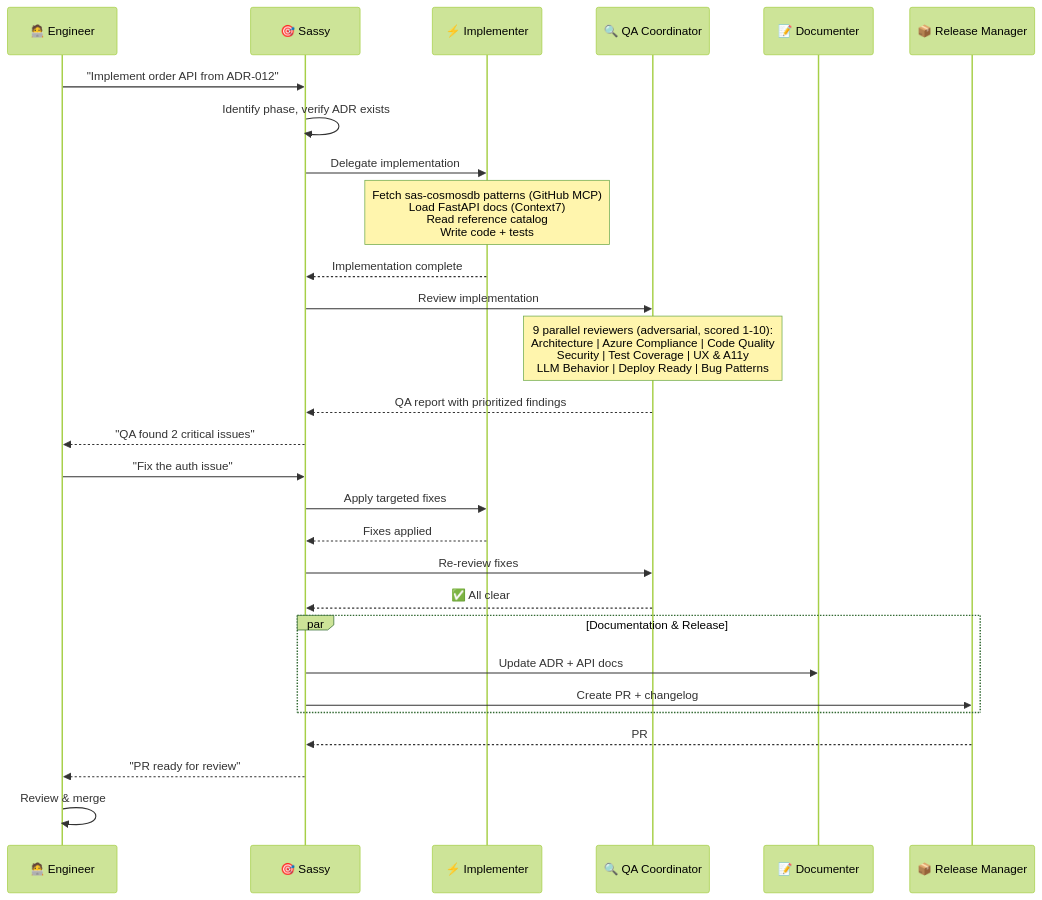
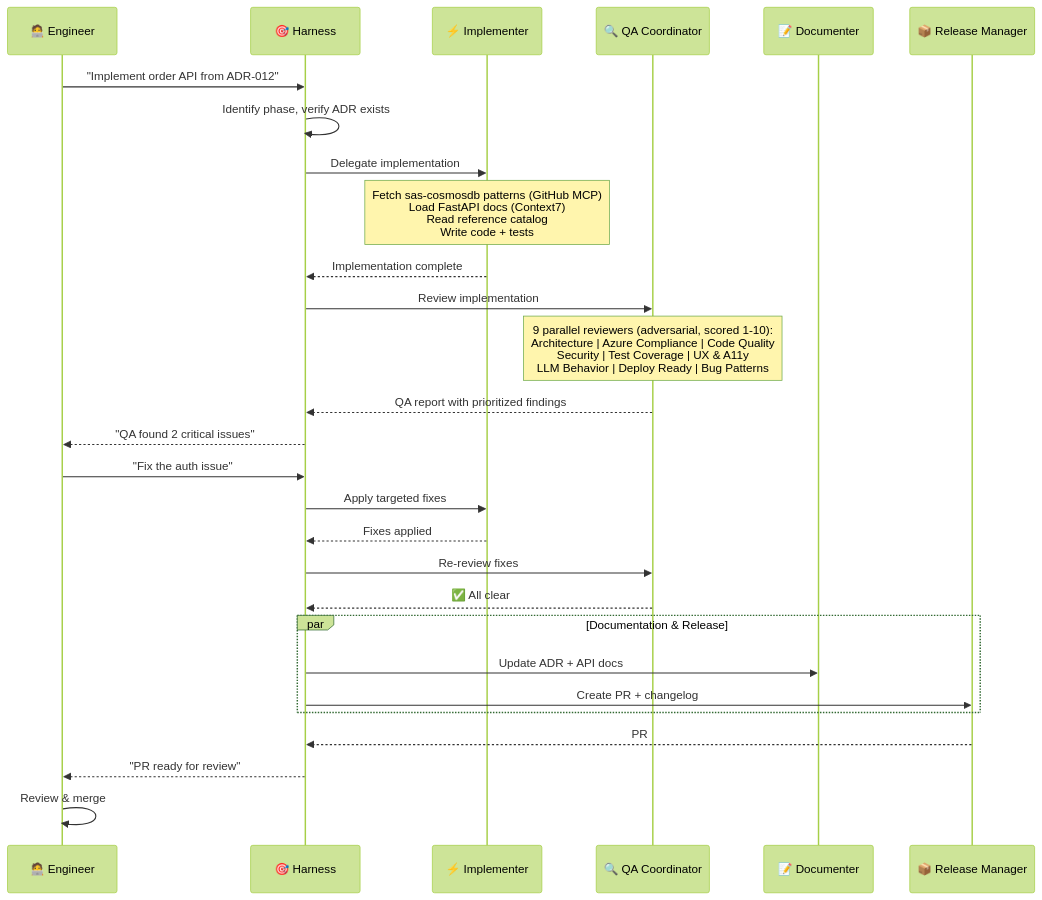
One commit to Dongbumlee/sdlc-harness changed the second of 3 diagrams in README.md. Above: the diagram before and after it, drawn with Mermaid (forest theme). The commit also changed other lines of this file and 57 other files, not shown here.

First line of the commit message:
Rename Sassy → Harness, generalize SAS/GSA references

````diff
--- a/README.md
+++ b/README.md
@@ -330,40 +330,40 @@
  ```mermaid
  sequenceDiagram
      participant E as 🧑‍💻 Engineer
-     participant C as 🎯 Sassy
+     participant C as 🎯 Harness
      participant I as ⚡ Implementer
      participant Q as 🔍 QA Coordinator
      participant D as 📝 Documenter
      participant R as 📦 Release Manager
 
      E->>C: "Implement order API from ADR-012"
      C->>C: Identify phase, verify ADR exists
      C->>I: Delegate implementation
 
      Note over I: Fetch sas-cosmosdb patterns (GitHub MCP)<br/>Load FastAPI docs (Context7)<br/>Read reference catalog<br/>Write code + tests
 
      I-->>C: Implementation complete
 
      C->>Q: Review implementation
 
      Note over Q: 9 parallel reviewers (adversarial, scored 1-10):<br/>Architecture | Azure Compliance | Code Quality<br/>Security | Test Coverage | UX & A11y<br/>LLM Behavior | Deploy Ready | Bug Patterns
 
      Q-->>C: QA report with prioritized findings
      C-->>E: "QA found 2 critical issues"
 
      E->>C: "Fix the auth issue"
      C->>I: Apply targeted fixes
      I-->>C: Fixes applied
 
      C->>Q: Re-review fixes
      Q-->>C: ✅ All clear
 
      par Documentation & Release
          C->>D: Update ADR + API docs
          C->>R: Create PR + changelog
      end
 
      R-->>C: PR #42 ready
      C-->>E: "PR ready for review"
      E->>E: Review & merge
  ```
````
